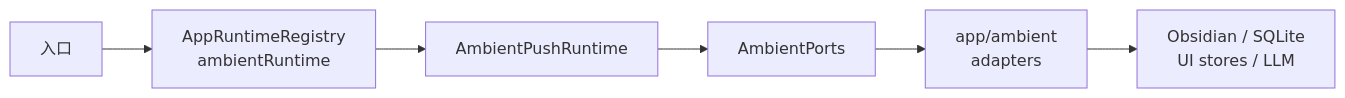
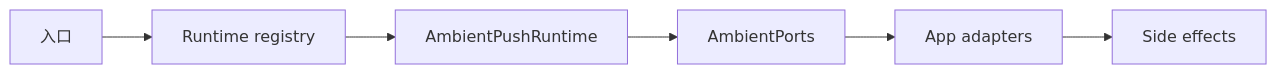
Before and after one commit to highestpeak/obsidian-peak-assistant: the fourth of 7 diagrams in docs/superpowers/audits/2026-06-13-t8-owner-review-packet.md, drawn with Mermaid. The commit also changed other lines of this file and 2 other files, not shown here.

Commit message:
docs(refactor): remove newline labels from T8 diagrams

````diff
--- a/docs/superpowers/audits/2026-06-13-t8-owner-review-packet.md
+++ b/docs/superpowers/audits/2026-06-13-t8-owner-review-packet.md
@@ -207,15 +207,15 @@
 ```mermaid
 flowchart LR
   Entry["入口"]
-  Registry["AppRuntimeRegistry\nambientRuntime"]
+  Registry["Runtime registry"]
   Runtime["AmbientPushRuntime"]
   Ports["AmbientPorts"]
-  Adapters["app/ambient\nadapters"]
-  Effects["Obsidian / SQLite\nUI stores / LLM"]
+  Adapters["App adapters"]
+  Effects["Side effects"]
 
   Entry --> Registry
   Registry --> Runtime
   Runtime --> Ports
   Ports --> Adapters
   Adapters --> Effects
 ```
````
